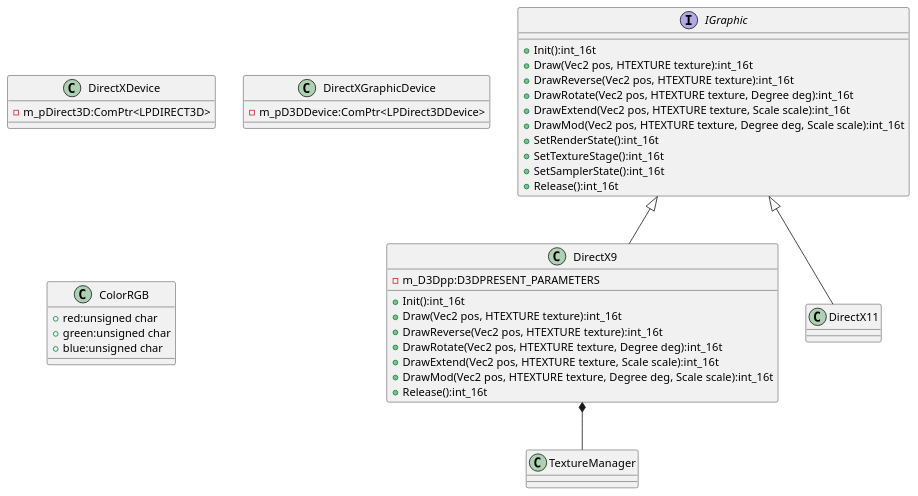
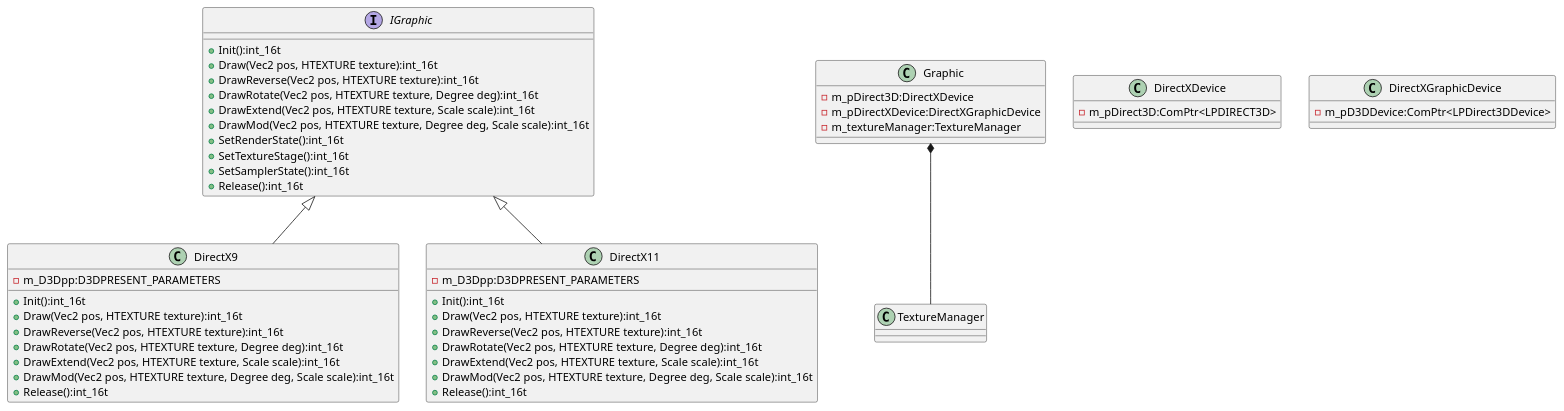
Before and after one commit to KazumaOhura/Tau: the diagram in UML/Core/Graphic/Graphic.pu, drawn with PlantUML. The commit also changed 4 other files, not shown here.

```diff
--- a/UML/Core/Graphic/Graphic.pu
+++ b/UML/Core/Graphic/Graphic.pu
@@ -1,50 +1,55 @@
 @startuml Graphic
 interface IGraphic{
   +Init():int_16t
   +Draw(Vec2 pos, HTEXTURE texture):int_16t
   +DrawReverse(Vec2 pos, HTEXTURE texture):int_16t
   +DrawRotate(Vec2 pos, HTEXTURE texture, Degree deg):int_16t
   +DrawExtend(Vec2 pos, HTEXTURE texture, Scale scale):int_16t
   +DrawMod(Vec2 pos, HTEXTURE texture, Degree deg, Scale scale):int_16t
   +SetRenderState():int_16t
   +SetTextureStage():int_16t
   +SetSamplerState():int_16t
   +Release():int_16t
+}
+
+class Graphic{
+  -m_pDirect3D:DirectXDevice
+  -m_pDirectXDevice:DirectXGraphicDevice
+  -m_textureManager:TextureManager
 }
 
 class DirectXDevice{
   -m_pDirect3D:ComPtr<LPDIRECT3D>
 }
 
 class DirectXGraphicDevice{
   -m_pD3DDevice:ComPtr<LPDirect3DDevice>
 }
 
 class DirectX9{
   +Init():int_16t
   +Draw(Vec2 pos, HTEXTURE texture):int_16t
   +DrawReverse(Vec2 pos, HTEXTURE texture):int_16t
   +DrawRotate(Vec2 pos, HTEXTURE texture, Degree deg):int_16t
   +DrawExtend(Vec2 pos, HTEXTURE texture, Scale scale):int_16t
   +DrawMod(Vec2 pos, HTEXTURE texture, Degree deg, Scale scale):int_16t
   +Release():int_16t
   -m_D3Dpp:D3DPRESENT_PARAMETERS
 }
 
 class DirectX11{
-
-}
-
-
-
-class ColorRGB{
-  +red:unsigned char
-  +green:unsigned char
-  +blue:unsigned char
+  +Init():int_16t
+  +Draw(Vec2 pos, HTEXTURE texture):int_16t
+  +DrawReverse(Vec2 pos, HTEXTURE texture):int_16t
+  +DrawRotate(Vec2 pos, HTEXTURE texture, Degree deg):int_16t
+  +DrawExtend(Vec2 pos, HTEXTURE texture, Scale scale):int_16t
+  +DrawMod(Vec2 pos, HTEXTURE texture, Degree deg, Scale scale):int_16t
+  +Release():int_16t
+  -m_D3Dpp:D3DPRESENT_PARAMETERS
 }
 
 IGraphic <|-- DirectX9
 IGraphic <|-- DirectX11
-DirectX9 *-- TextureManager
+Graphic *-- TextureManager
 
 @enduml
```
